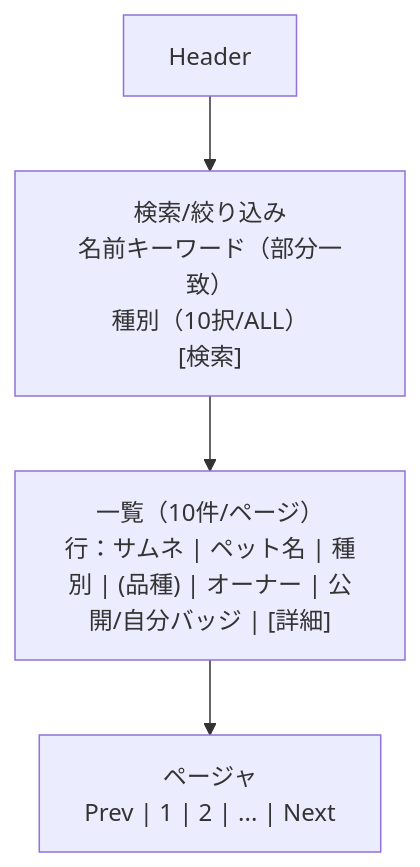
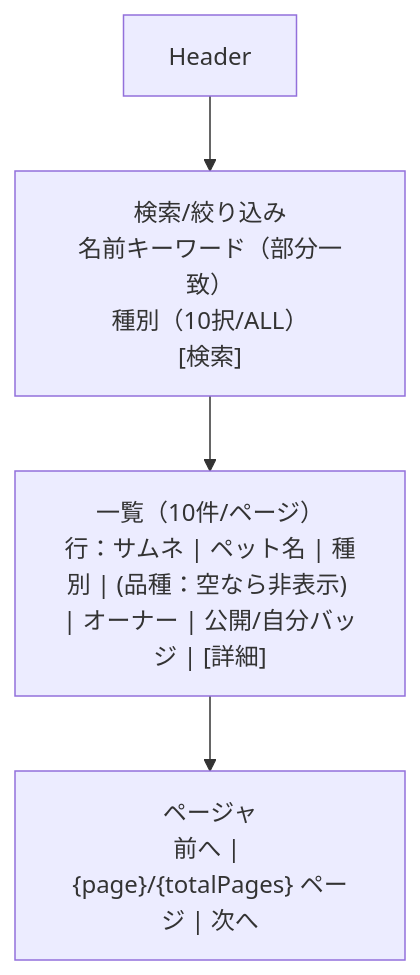
One commit to Cat5Dog2/PetHealthManagement changed the seventh of 24 diagrams in docs/ui-wireframe.md. Above: the diagram before and after it, drawn with Mermaid. The commit also changed other lines of this file and 41 other files, not shown here.

````diff
--- a/docs/ui-wireframe.md
+++ b/docs/ui-wireframe.md
@@ -123,9 +135,9 @@
 ```mermaid
 flowchart TB
   Header["Header"]
   Filters["検索/絞り込み<br/>名前キーワード（部分一致）<br/>種別（10択/ALL）<br/>[検索]"]
-  List["一覧（10件/ページ）<br/>行：サムネ | ペット名 | 種別 | (品種) | オーナー | 公開/自分バッジ | [詳細]"]
-  Pager["ページャ<br/>Prev | 1 | 2 | ... | Next"]
+  List["一覧（10件/ページ）<br/>行：サムネ | ペット名 | 種別 | (品種：空なら非表示) | オーナー | 公開/自分バッジ | [詳細]"]
+  Pager["ページャ<br/>前へ | {page}/{totalPages} ページ | 次へ"]
 
   Header --> Filters --> List --> Pager
 ```
````
